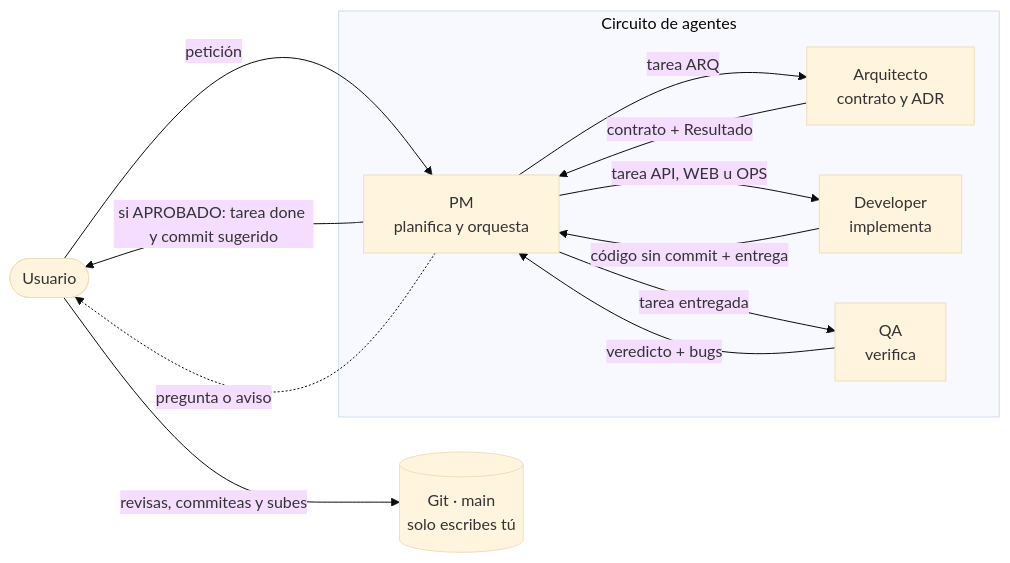
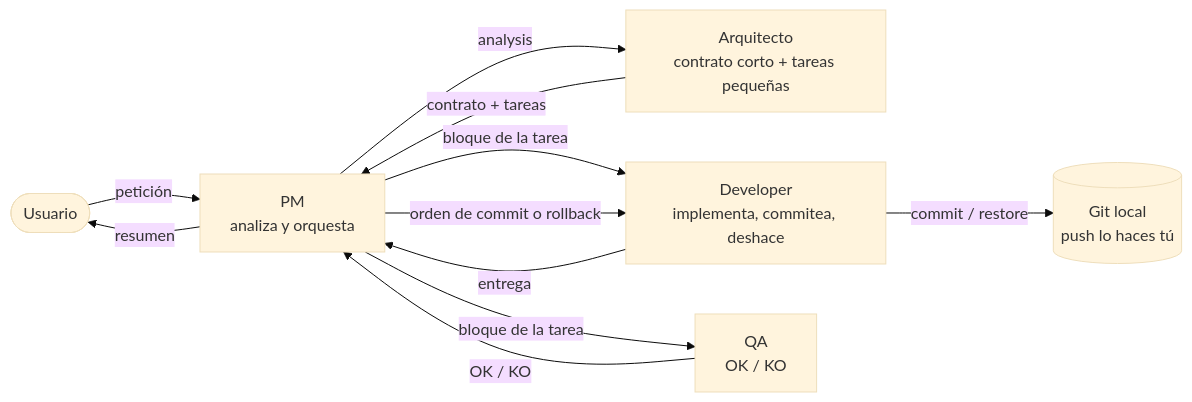
One commit to JordiTurell/GrangesAndreu changed the first of 4 diagrams in flujo-agents.md. Above: the diagram before and after it, drawn with Mermaid (base theme). The commit also changed other lines of this file and 5 other files, not shown here.

First line of the commit message:
Agentes: flujo nuevo con tareas pequenas, commit y rollback por tarea

````diff
--- a/flujo-agents.md
+++ b/flujo-agents.md
@@ -9,22 +9,20 @@
 ```mermaid
 flowchart LR
     U([Usuario])
-    subgraph CIRCUITO [Circuito de agentes]
-        PM["PM<br/>planifica y orquesta"]
-        ARQ["Arquitecto<br/>contrato y ADR"]
-        DEV["Developer<br/>implementa"]
-        QA["QA<br/>verifica"]
-    end
-    GIT[("Git · main<br/>solo escribes tú")]
+    PM["PM<br/>analiza y orquesta"]
+    ARQ["Arquitecto<br/>contrato corto + tareas pequeñas"]
+    DEV["Developer<br/>implementa, commitea, deshace"]
+    QA["QA<br/>OK / KO"]
+    GIT[("Git local<br/>push lo haces tú")]
 
     U -->|petición| PM
-    PM -->|tarea ARQ| ARQ
-    ARQ -->|contrato + Resultado| PM
-    PM -->|tarea API, WEB u OPS| DEV
-    DEV -->|código sin commit + entrega| PM
-    PM -->|tarea entregada| QA
-    QA -->|veredicto + bugs| PM
-    PM -->|si APROBADO: tarea done y commit sugerido| U
-    U -->|revisas, commiteas y subes| GIT
-    PM -.->|pregunta o aviso| U
+    PM -->|analysis| ARQ
+    ARQ -->|contrato + tareas| PM
+    PM -->|bloque de la tarea| DEV
+    DEV -->|entrega| PM
+    PM -->|bloque de la tarea| QA
+    QA -->|OK / KO| PM
+    PM -->|orden de commit o rollback| DEV
+    DEV -->|commit / restore| GIT
+    PM -->|resumen| U
 ```
````
